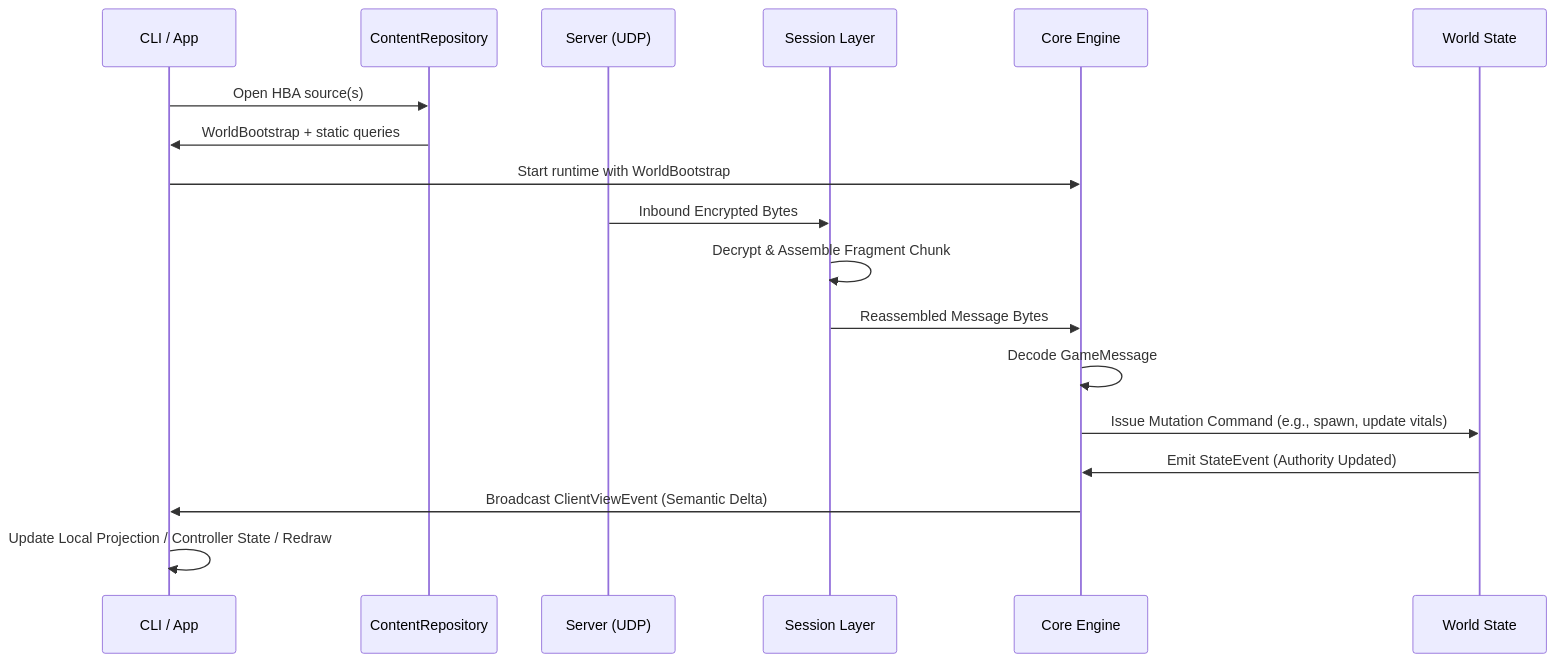
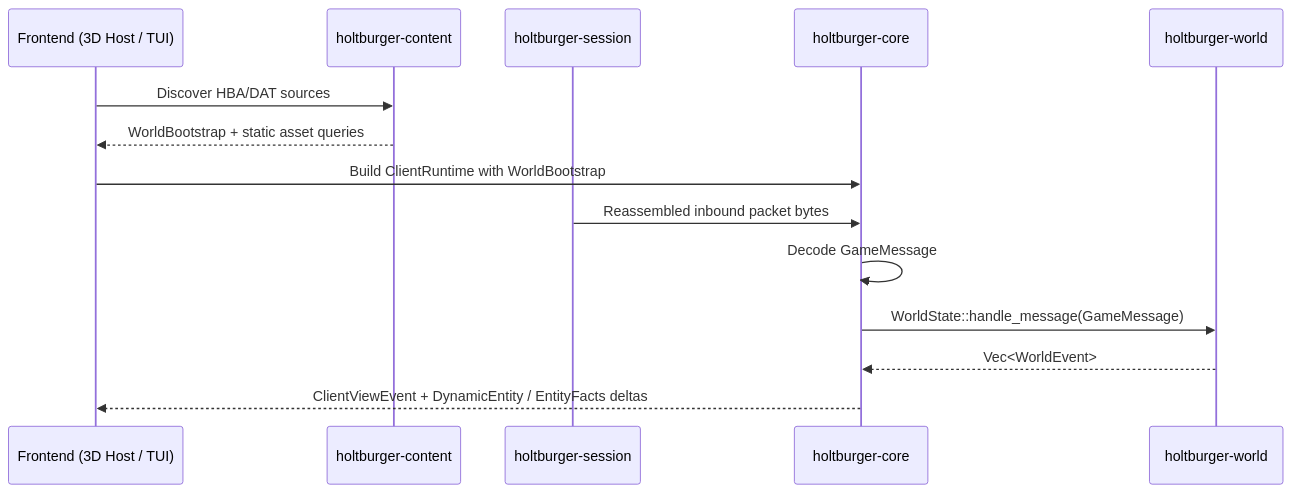
Before and after one commit to merklejerk/holtburger: the second of 2 diagrams in ARCHITECTURE.md, drawn with Mermaid. The commit also changed other lines of this file and 2076 other files, not shown here.

````diff
--- a/ARCHITECTURE.md
+++ b/ARCHITECTURE.md
@@ -95,24 +86,17 @@
 ```mermaid
 sequenceDiagram
-    participant App as CLI / App
-    participant Content as ContentRepository
-    participant Srv as Server (UDP)
-    participant Sess as Session Layer
-    participant Core as Core Engine
-    participant World as World State
+    participant App as Frontend (3D Host / TUI)
+    participant Content as holtburger-content
+    participant Sess as holtburger-session
+    participant Core as holtburger-core
+    participant World as holtburger-world
 
-    App->>Content: Open HBA source(s)
-    Content->>App: WorldBootstrap + static queries
-    App->>Core: Start runtime with WorldBootstrap
-
-    Srv->>Sess: Inbound Encrypted Bytes
-    Sess->>Sess: Decrypt & Assemble Fragment Chunk
-    Sess->>Core: Reassembled Message Bytes
+    App->>Content: Discover HBA/DAT sources
+    Content-->>App: WorldBootstrap + static asset queries
+    App->>Core: Build ClientRuntime with WorldBootstrap
+    Sess->>Core: Reassembled inbound packet bytes
     Core->>Core: Decode GameMessage
-    
-    Core->>World: Issue Mutation Command (e.g., spawn, update vitals)
-    World->>Core: Emit StateEvent (Authority Updated)
-    
-    Core->>App: Broadcast ClientViewEvent (Semantic Delta)
-    App->>App: Update Local Projection / Controller State / Redraw
+    Core->>World: WorldState::handle_message(GameMessage)
+    World-->>Core: Vec<WorldEvent>
+    Core-->>App: ClientViewEvent + DynamicEntity / EntityFacts deltas
 ```
````
